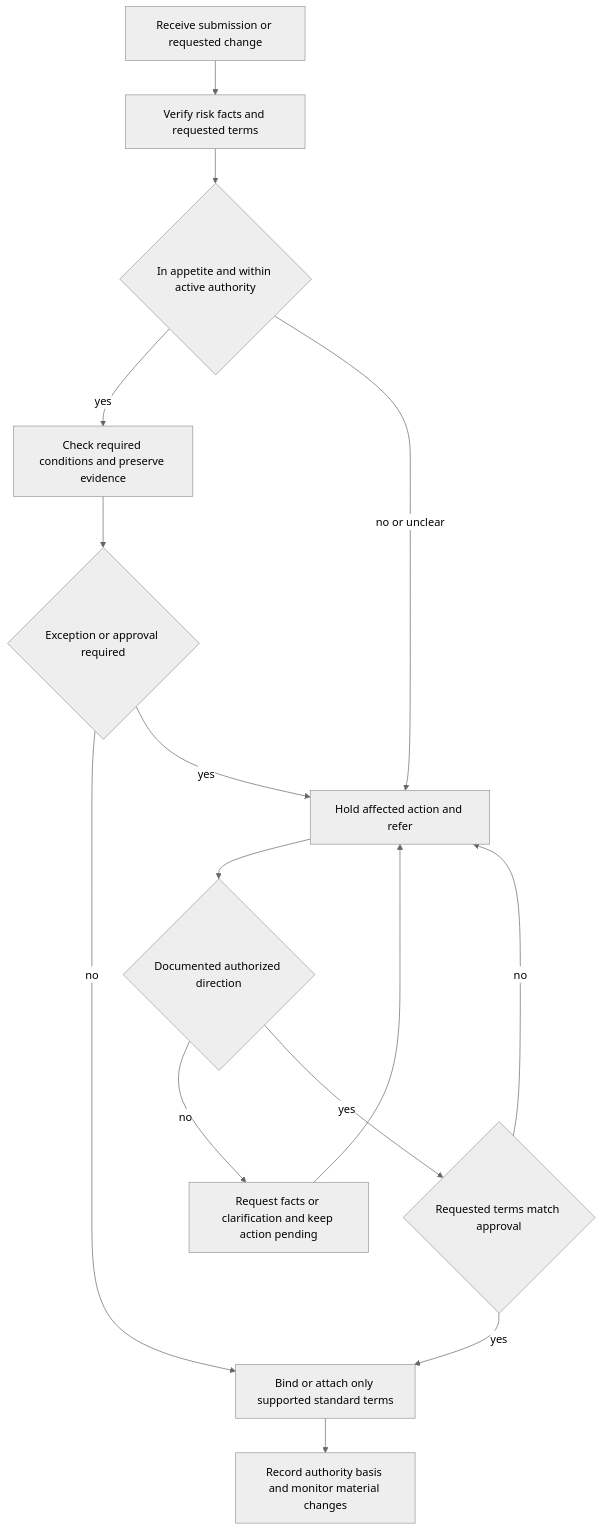
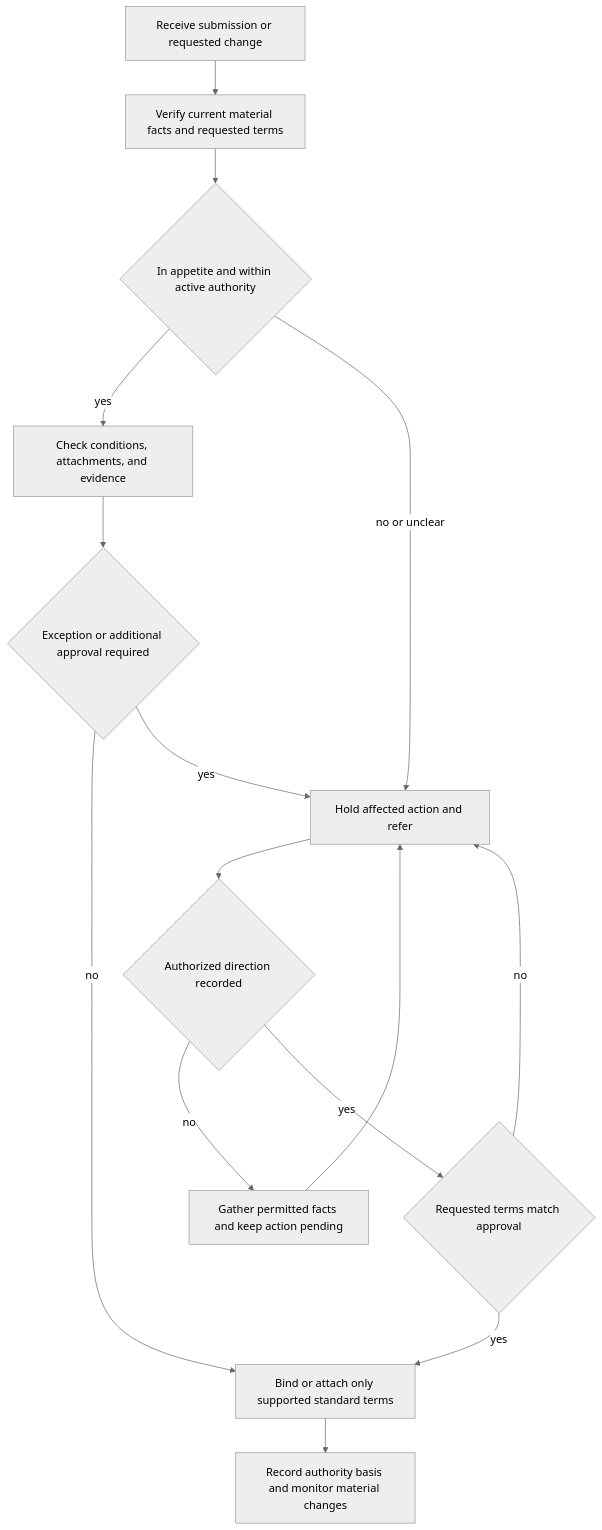
One commit to eugeneliu-86/openwiki-insurance-corpus changed the diagram in openwiki/underwriting/guidelines/binding-authority.md. Above: the diagram before and after it, drawn with Mermaid (neutral theme). The commit also changed other lines of this file and 107 other files, not shown here.

````diff
--- a/openwiki/underwriting/guidelines/binding-authority.md
+++ b/openwiki/underwriting/guidelines/binding-authority.md
@@ -32,17 +32,17 @@
 ```mermaid
 flowchart TD
-    A["Receive submission or requested change"] --> B["Verify risk facts and requested terms"]
+    A["Receive submission or requested change"] --> B["Verify current material facts and requested terms"]
     B --> C{"In appetite and within active authority"}
-    C -->|"yes"| D["Check required conditions and preserve evidence"]
+    C -->|"yes"| D["Check conditions, attachments, and evidence"]
     C -->|"no or unclear"| E["Hold affected action and refer"]
-    D --> F{"Exception or approval required"}
+    D --> F{"Exception or additional approval required"}
     F -->|"no"| G["Bind or attach only supported standard terms"]
     F -->|"yes"| E
-    E --> H{"Documented authorized direction"}
-    H -->|"no"| I["Request facts or clarification and keep action pending"]
+    E --> H{"Authorized direction recorded"}
+    H -->|"no"| I["Gather permitted facts and keep action pending"]
     I --> E
     H -->|"yes"| J{"Requested terms match approval"}
     J -->|"yes"| G
     J -->|"no"| E
     G --> K["Record authority basis and monitor material changes"]
 ```
````
